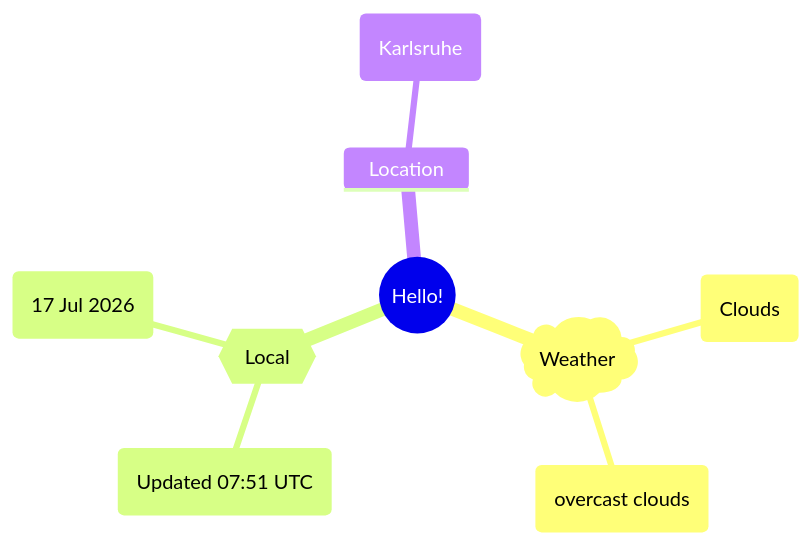
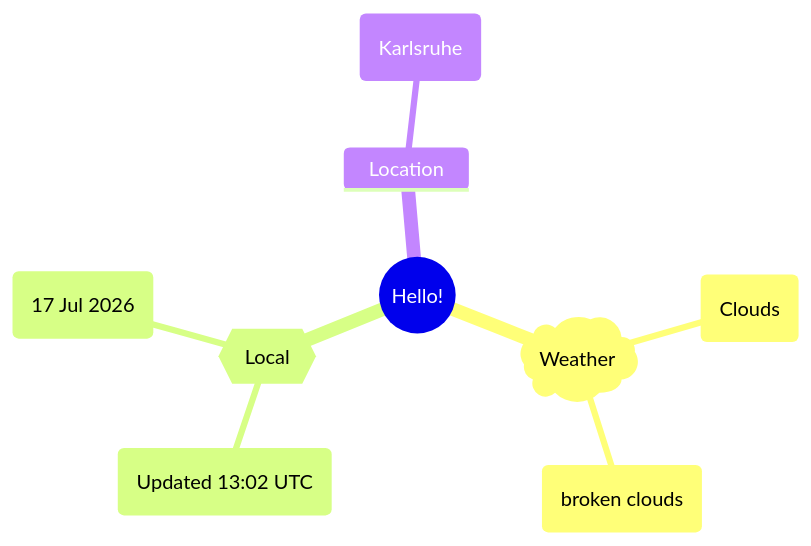
Before and after one commit to Xosrov/Xosrov: the first of 2 diagrams in README.md, drawn with Mermaid.

Commit message:
[bot] updated images

````diff
--- a/README.md
+++ b/README.md
@@ -3,12 +3,12 @@
 ```mermaid
 mindmap
   root((Hello!))
     )Weather(
         (Clouds)
-        (overcast clouds)
+        (broken clouds)
     {{Local}}
-        (Updated 07:51 UTC)
+        (Updated 13:02 UTC)
         (17 Jul 2026)
     Location
         (Karlsruhe)
 ```
````
